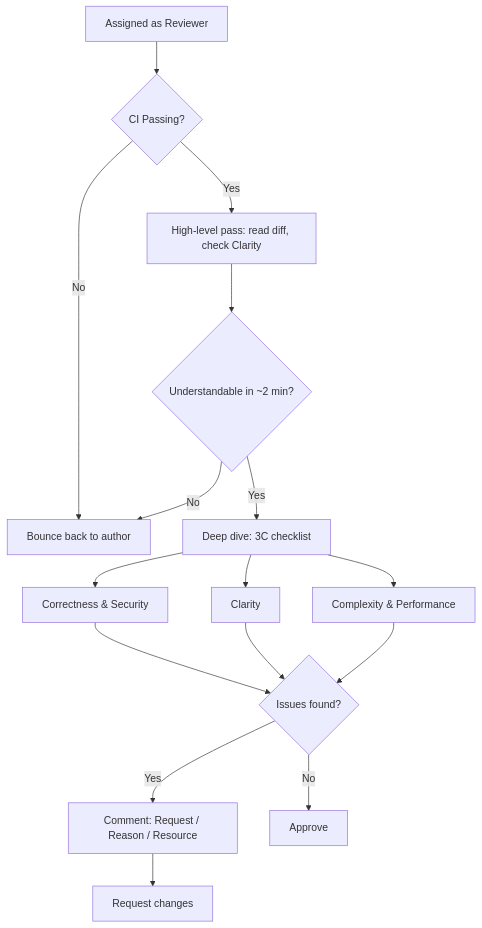
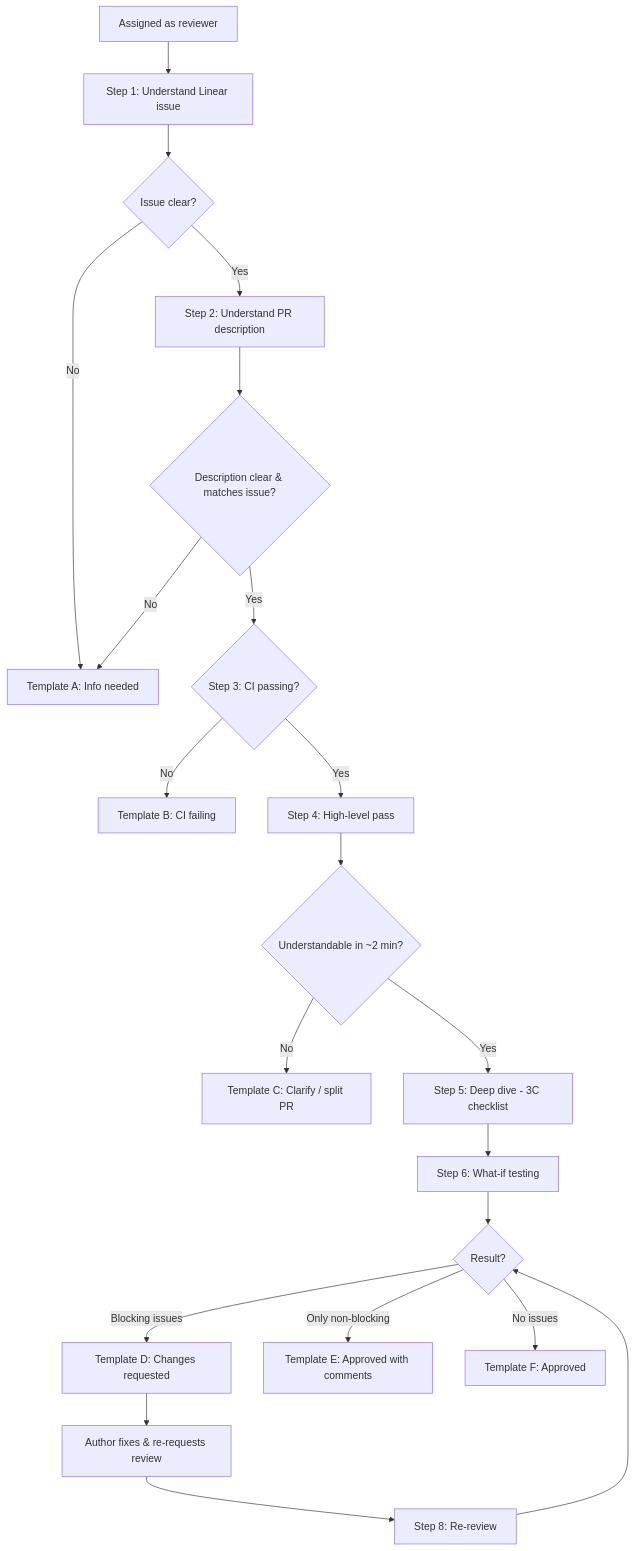
One commit to navingurung/docs changed the diagram in review/review.md. Above: the diagram before and after it, drawn with Mermaid. The commit also changed other lines of this file, not shown here.

````diff
--- a/review/review.md
+++ b/review/review.md
@@ -15,18 +11,23 @@
 ```mermaid
 flowchart TD
-    A[Assigned as Reviewer] --> B{CI Passing?}
-    B -- No --> C[Bounce back to author]
-    B -- Yes --> D[High-level pass: read diff, check Clarity]
-    D --> E{Understandable in ~2 min?}
-    E -- No --> C
-    E -- Yes --> F[Deep dive: 3C checklist]
-    F --> G[Correctness & Security]
-    F --> H[Clarity]
-    F --> I[Complexity & Performance]
-    G --> J{Issues found?}
-    H --> J
-    I --> J
-    J -- Yes --> K[Comment: Request / Reason / Resource]
-    K --> L[Request changes]
-    J -- No --> M[Approve]
+    A[Assigned as reviewer] --> B[Step 1: Understand Linear issue]
+    B --> C{Issue clear?}
+    C -- No --> T1[Template A: Info needed]
+    C -- Yes --> D[Step 2: Understand PR description]
+    D --> E{Description clear & matches issue?}
+    E -- No --> T1
+    E -- Yes --> F{Step 3: CI passing?}
+    F -- No --> T2[Template B: CI failing]
+    F -- Yes --> G[Step 4: High-level pass]
+    G --> H{Understandable in ~2 min?}
+    H -- No --> T3[Template C: Clarify / split PR]
+    H -- Yes --> I[Step 5: Deep dive - 3C checklist]
+    I --> J[Step 6: What-if testing]
+    J --> K{Result?}
+    K -- Blocking issues --> T4[Template D: Changes requested]
+    K -- Only non-blocking --> T5[Template E: Approved with comments]
+    K -- No issues --> T6[Template F: Approved]
+    T4 --> L[Author fixes & re-requests review]
+    L --> M[Step 8: Re-review]
+    M --> K
 ```
````
